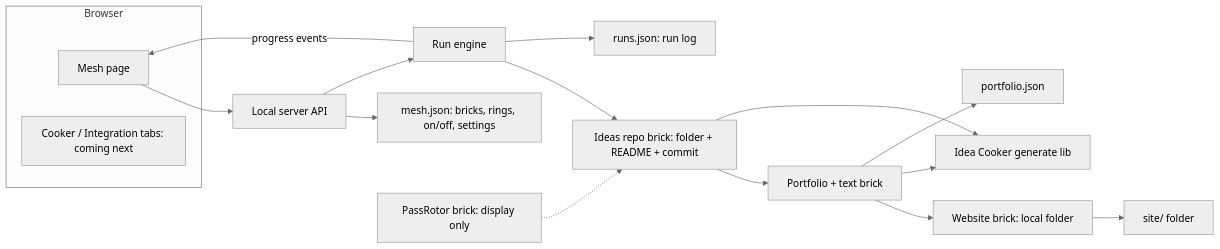
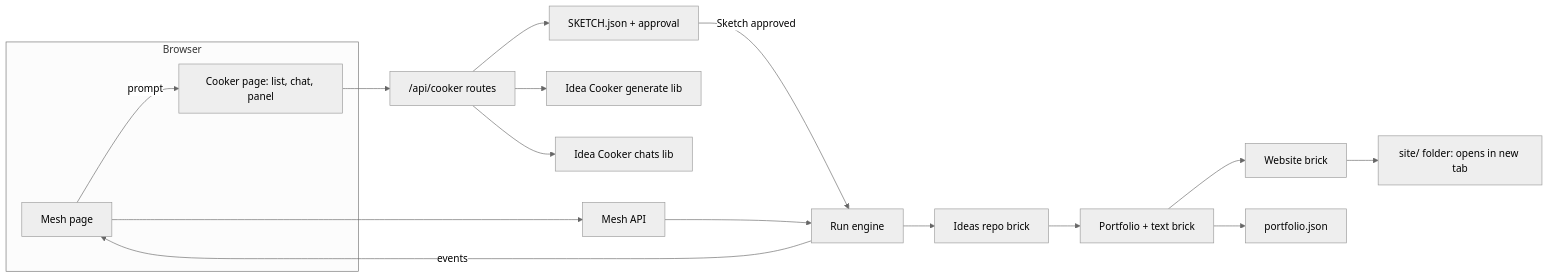
One commit to EliasOzol/ideaCooker changed the diagram in 2026-11-26-idea-mesh/ARCHITECTURE.md. Above: the diagram before and after it, drawn with Mermaid (neutral theme). The commit also changed other lines of this file and 8 other files, not shown here.

First line of the commit message:
Update 2026-11-26-idea-mesh

````diff
--- a/2026-11-26-idea-mesh/ARCHITECTURE.md
+++ b/2026-11-26-idea-mesh/ARCHITECTURE.md
@@ -12,20 +17,21 @@
 ```mermaid
 flowchart LR
   subgraph Browser
     MP["Mesh page"]
-    TABS["Cooker / Integration tabs: coming next"]
+    CP["Cooker page: list, chat, panel"]
   end
-  MP --> API["Local server API"]
-  API --> REG["mesh.json: bricks, rings, on/off, settings"]
-  API --> RUN["Run engine"]
-  RUN --> B1["Ideas repo brick: folder + README + commit"]
-  PR["PassRotor brick: display only"] -.-> B1
+  MP -->|"prompt"| CP
+  CP --> CAPI["/api/cooker routes"]
+  MP --> API["Mesh API"]
+  CAPI --> GEN["Idea Cooker generate lib"]
+  CAPI --> CHATS["Idea Cooker chats lib"]
+  CAPI --> SK["SKETCH.json + approval"]
+  SK -->|"Sketch approved"| RUN["Run engine"]
+  API --> RUN
+  RUN --> B1["Ideas repo brick"]
   B1 --> B2["Portfolio + text brick"]
-  B2 --> B3["Website brick: local folder"]
-  B1 --> GEN["Idea Cooker generate lib"]
-  B2 --> GEN
+  B2 --> B3["Website brick"]
   B2 --> PF["portfolio.json"]
-  B3 --> WEB["site/ folder"]
-  RUN --> LOG["runs.json: run log"]
-  RUN -->|"progress events"| MP
+  B3 --> WEB["site/ folder: opens in new tab"]
+  RUN -->|"events"| MP
 ```
````
